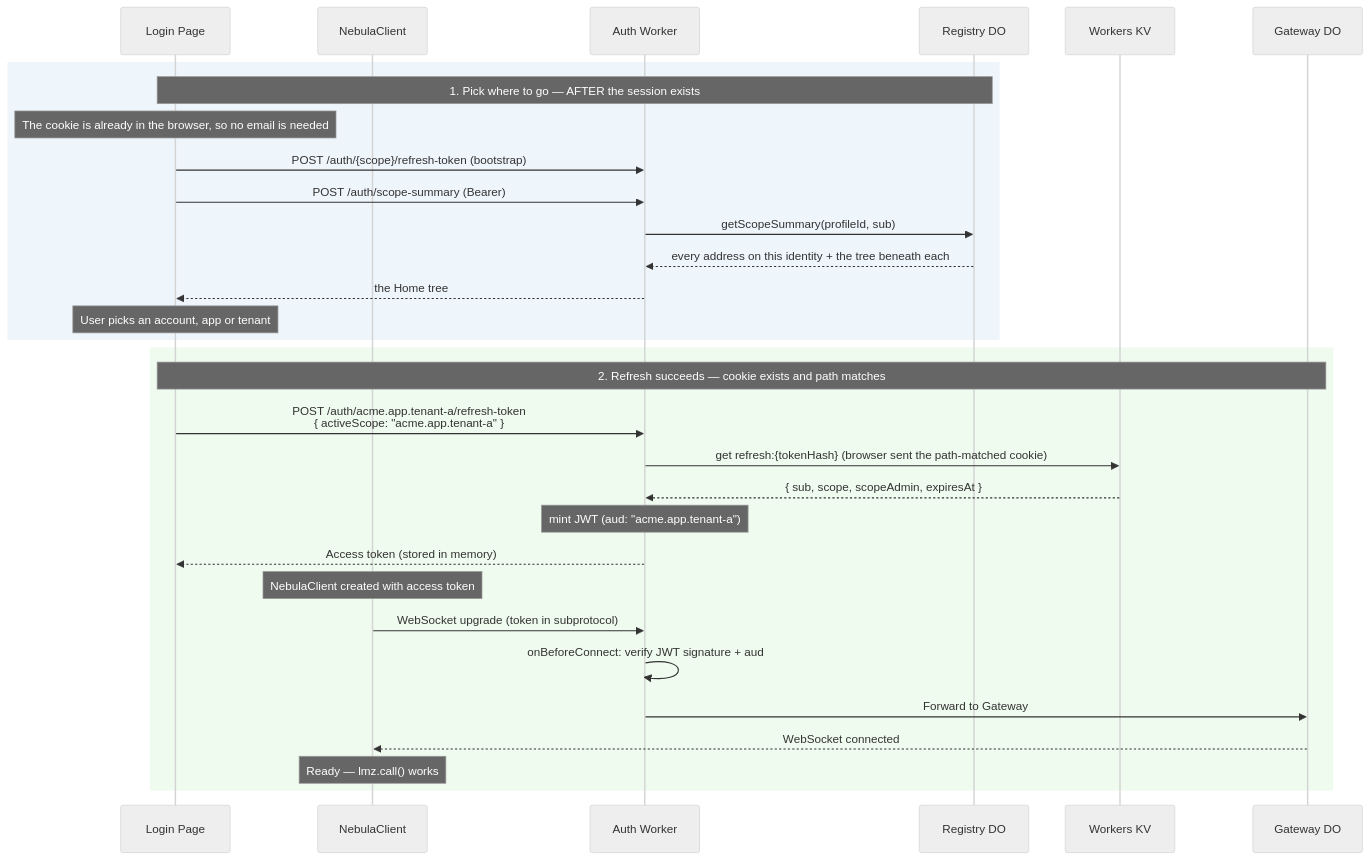
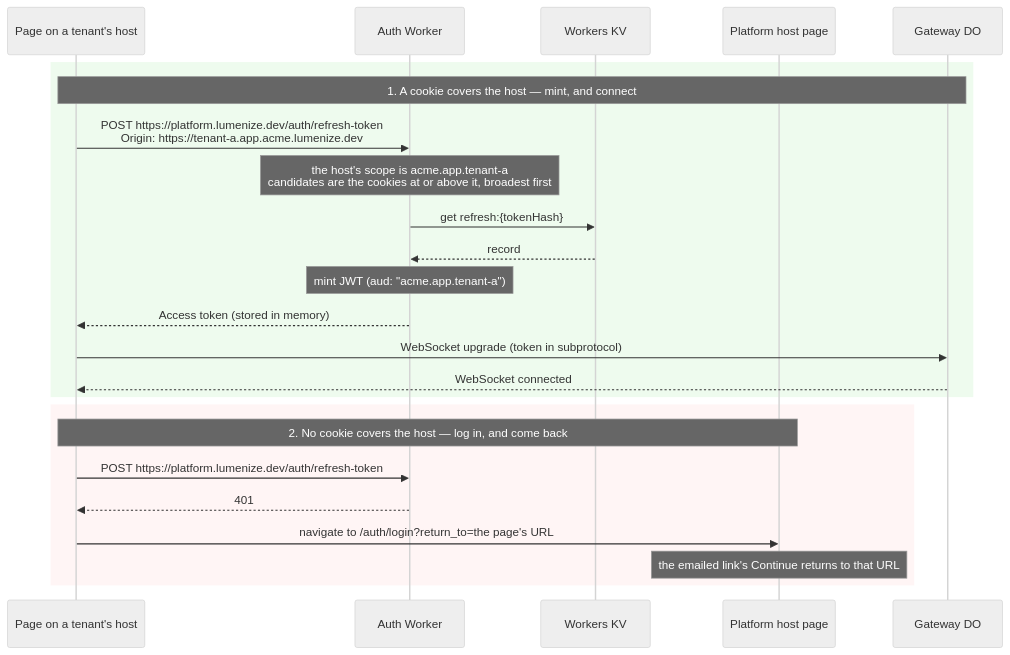
Before and after one commit to lumenize/lumenize: the second of 5 diagrams in website/docs/nebula/auth-flows.md, drawn with Mermaid (neutral theme). The commit also changed other lines of this file and 324 other files, not shown here.

First line of the commit message:
feat(nebula): every scope on its own host, sessions on the platform host

````diff
--- a/website/docs/nebula/auth-flows.md
+++ b/website/docs/nebula/auth-flows.md
@@ -107,35 +103,28 @@
 ```mermaid
 sequenceDiagram
-    participant UI as Login Page
-    participant NC as NebulaClient
+    participant T as Page on a tenant's host
     participant W as Auth Worker
-    participant R as Registry DO
     participant KV as Workers KV
+    participant P as Platform host page
     participant GW as Gateway DO
 
-    rect rgba(200, 220, 240, 0.3)
-        Note over UI,R: 1. Pick where to go — AFTER the session exists
-        Note over UI: The cookie is already in the browser, so no email is needed
-        UI->>W: POST /auth/{scope}/refresh-token (bootstrap)
-        UI->>W: POST /auth/scope-summary (Bearer)
-        W->>R: getScopeSummary(profileId, sub)
-        R-->>W: every address on this identity + the tree beneath each
-        W-->>UI: the Home tree
-        Note over UI: User picks an account, app or tenant
+    rect rgba(200, 240, 200, 0.3)
+        Note over T,GW: 1. A cookie covers the host — mint, and connect
+        T->>W: POST https://platform.lumenize.dev/auth/refresh-token<br/>Origin: https://tenant-a.app.acme.lumenize.dev
+        Note over W: the host's scope is acme.app.tenant-a<br/>candidates are the cookies at or above it, broadest first
+        W->>KV: get refresh:{tokenHash}
+        KV-->>W: record
+        Note over W: mint JWT (aud: "acme.app.tenant-a")
+        W-->>T: Access token (stored in memory)
+        T->>GW: WebSocket upgrade (token in subprotocol)
+        GW-->>T: WebSocket connected
     end
 
-    rect rgba(200, 240, 200, 0.3)
-        Note over UI,GW: 2. Refresh succeeds — cookie exists and path matches
-        UI->>W: POST /auth/acme.app.tenant-a/refresh-token<br/>{ activeScope: "acme.app.tenant-a" }
-        W->>KV: get refresh:{tokenHash} (browser sent the path-matched cookie)
-        KV-->>W: { sub, scope, scopeAdmin, expiresAt }
-        Note over W: mint JWT (aud: "acme.app.tenant-a")
-        W-->>UI: Access token (stored in memory)
-        Note over NC: NebulaClient created with access token
-        NC->>W: WebSocket upgrade (token in subprotocol)
-        W->>W: onBeforeConnect: verify JWT signature + aud
-        W->>GW: Forward to Gateway
-        GW-->>NC: WebSocket connected
-        Note over NC: Ready — lmz.call() works
+    rect rgba(255, 220, 220, 0.3)
+        Note over T,P: 2. No cookie covers the host — log in, and come back
+        T->>W: POST https://platform.lumenize.dev/auth/refresh-token
+        W-->>T: 401
+        T->>P: navigate to /auth/login?return_to=the page's URL
+        Note over P: the emailed link's Continue returns to that URL
     end
 ```
````
